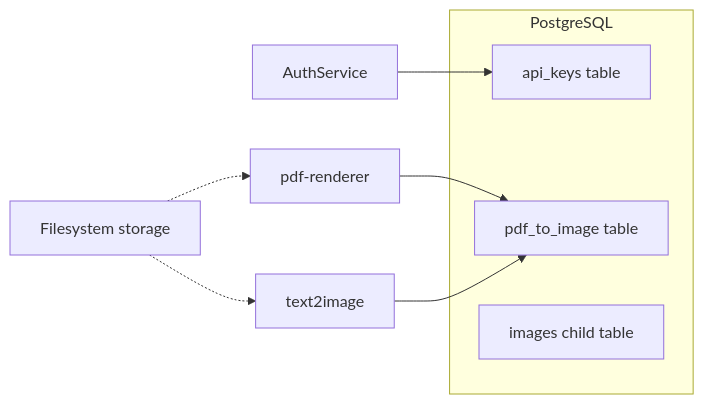
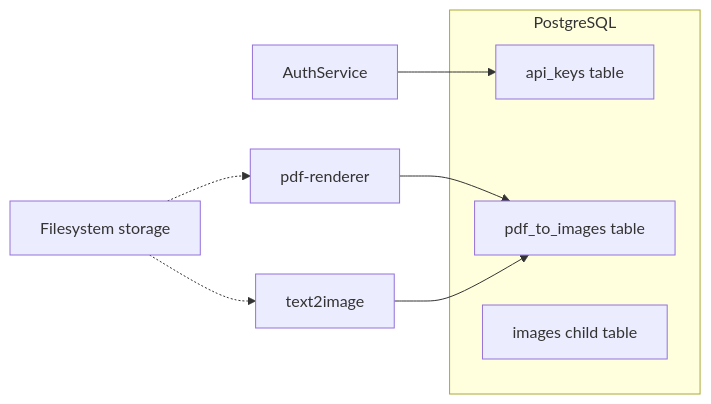
Before and after one commit to DFD-Group/content-processing-cicd: the diagram in docs/postgresql.md, drawn with Mermaid. The commit also changed other lines of this file and 14 other files, not shown here.

Commit message:
Add PDF conversion pipeline and API key hooks to PdfRendererService

````diff
--- a/docs/postgresql.md
+++ b/docs/postgresql.md
@@ -80,13 +79,13 @@
 ```mermaid
 flowchart LR
   subgraph db [PostgreSQL]
     api_keys[api_keys table]
-    pdf_to_image[pdf_to_image table]
+    pdf_to_images[pdf_to_images table]
     images[images child table]
   end
   Auth[AuthService] --> api_keys
-  Pdf[pdf-renderer] --> pdf_to_image
-  T2I[text2image] --> pdf_to_image
+  Pdf[pdf-renderer] --> pdf_to_images
+  T2I[text2image] --> pdf_to_images
   Disk[Filesystem storage] -.-> Pdf
   Disk -.-> T2I
 ```
````
